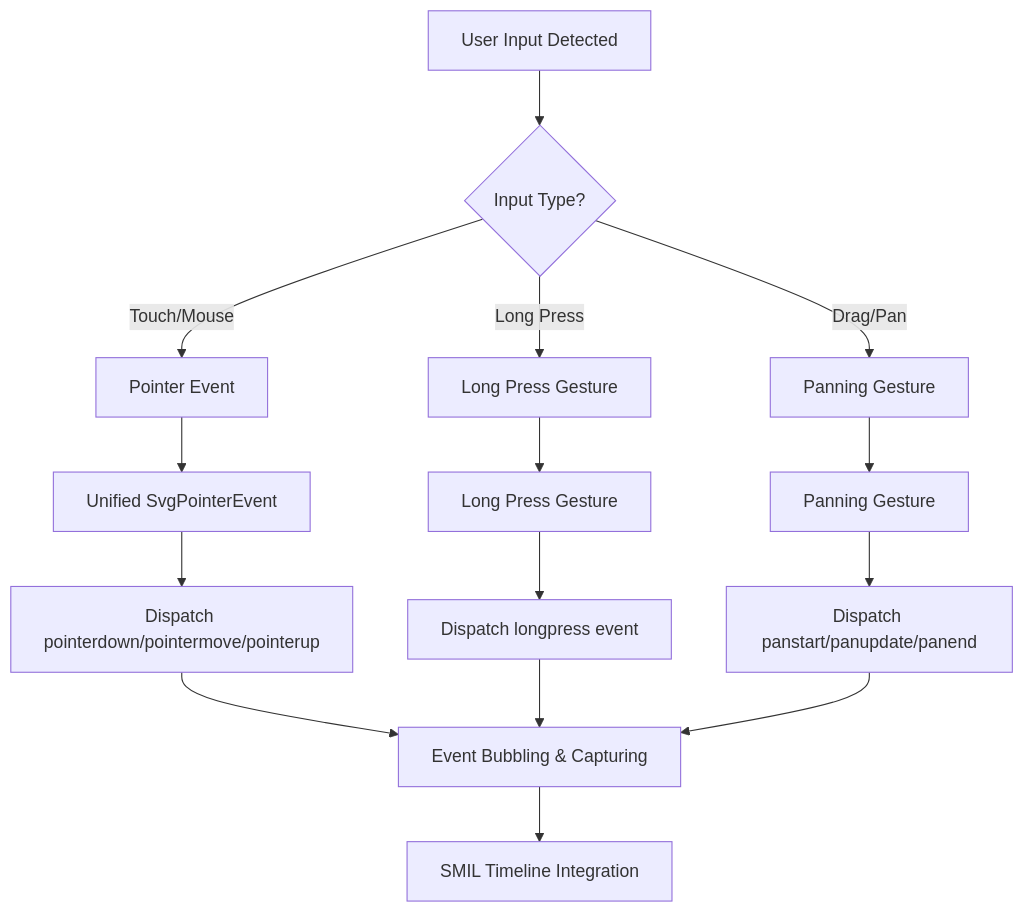
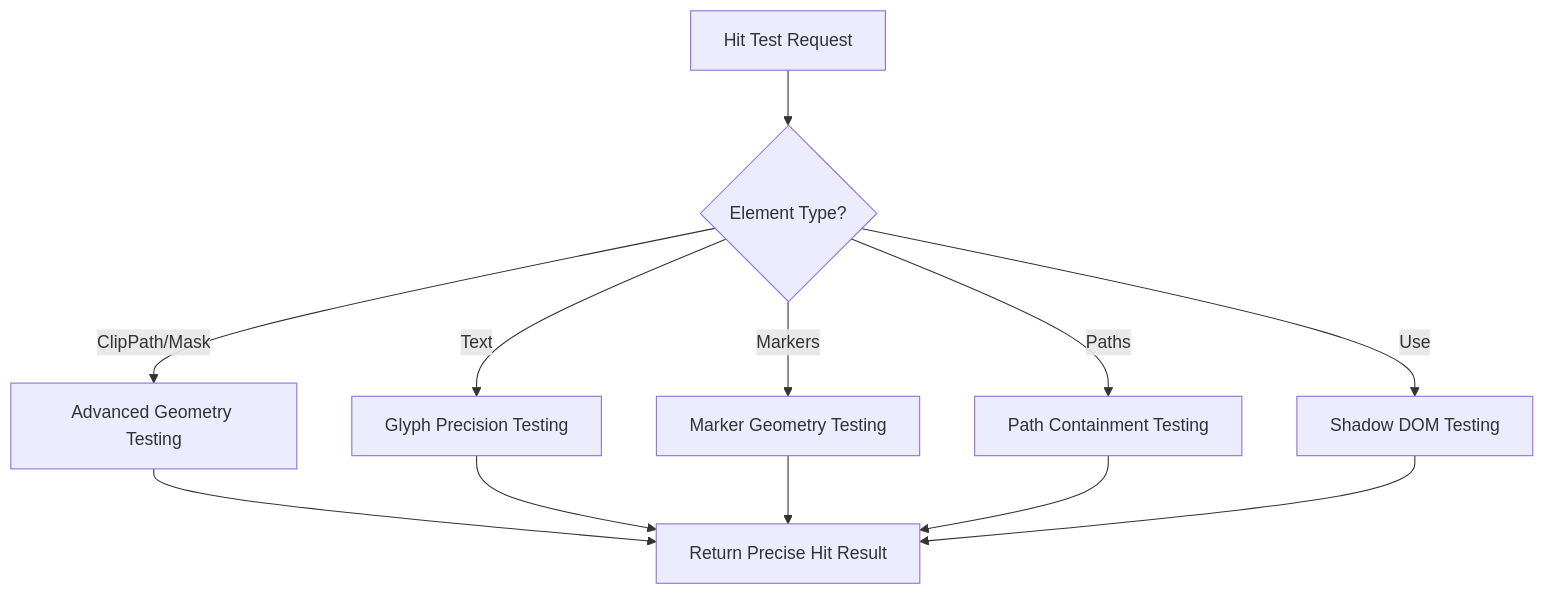
One commit to denisnadey/flutter_full_svg_support changed the ninth of 15 diagrams in .qoder/repowiki/en/content/Animated SVG Support/Event System Documentation.md. Above: the diagram before and after it, drawn with Mermaid. The commit also changed other lines of this file and 5 other files, not shown here.

````diff
--- a/.qoder/repowiki/en/content/Animated SVG Support/Event System Documentation.md
+++ b/.qoder/repowiki/en/content/Animated SVG Support/Event System Documentation.md
@@ -382,17 +396,14 @@
 ```mermaid
 flowchart TD
-A[User Input Detected] --> B{Input Type?}
-B --> |Touch/Mouse| C[Pointer Event]
-B --> |Long Press| D[Long Press Gesture]
-B --> |Drag/Pan| E[Panning Gesture]
-C --> F[Unified SvgPointerEvent]
-D --> G[Long Press Gesture]
-E --> H[Panning Gesture]
-F --> I[Dispatch pointerdown/pointermove/pointerup]
-G --> J[Dispatch longpress event]
-H --> K[Dispatch panstart/panupdate/panend]
-I --> L[Event Bubbling & Capturing]
-J --> L
-K --> L
-L --> M[SMIL Timeline Integration]
+A[Hit Test Request] --> B{Element Type?}
+B --> |ClipPath/Mask| C[Advanced Geometry Testing]
+B --> |Text| D[Glyph Precision Testing]
+B --> |Markers| E[Marker Geometry Testing]
+B --> |Paths| F[Path Containment Testing]
+B --> |Use| G[Shadow DOM Testing]
+C --> H[Return Precise Hit Result]
+D --> H
+E --> H
+F --> H
+G --> H
 ```
````
